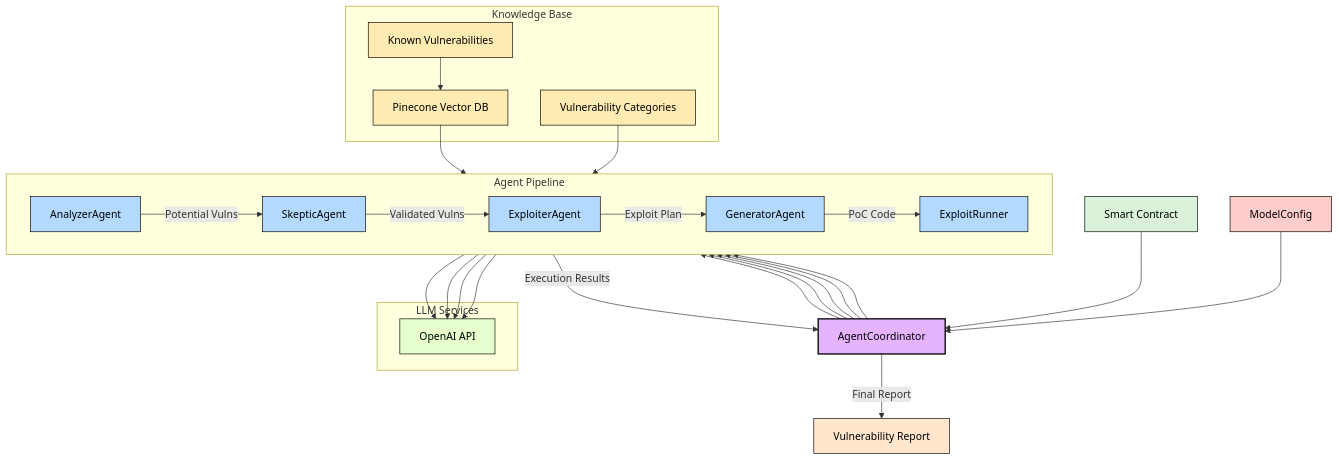
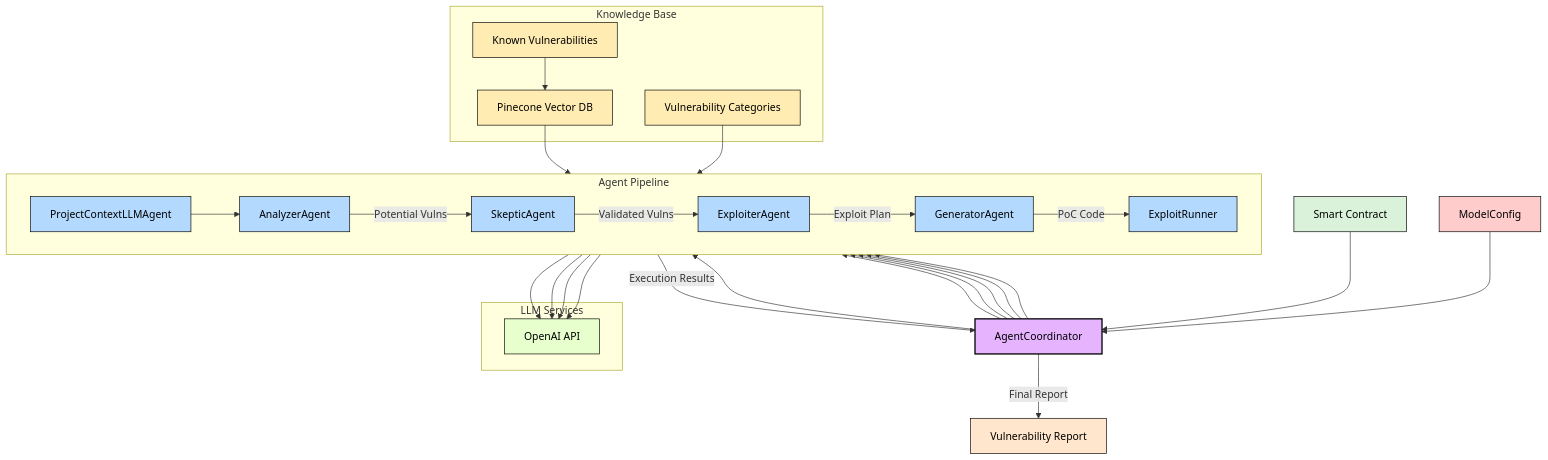
One commit to videv93/fyp-fr changed the diagram in README.md. Above: the diagram before and after it, drawn with Mermaid. The commit also changed other lines of this file, not shown here.

````diff
--- a/README.md
+++ b/README.md
@@ -42,69 +45,73 @@
 ```mermaid
 graph TB
     %% Core Components
     contract["Smart Contract"] --> coord["AgentCoordinator"]
     
     subgraph "Knowledge Base"
         pinecone["Pinecone Vector DB"]
         vulncat["Vulnerability Categories"]
         known_vulns["Known Vulnerabilities"]
     end
 
     subgraph "Agent Pipeline"
         direction LR
+        project_context["ProjectContextLLMAgent"]
         analyzer["AnalyzerAgent"]
         skeptic["SkepticAgent"]
         exploiter["ExploiterAgent"]
         generator["GeneratorAgent"]
         runner["ExploitRunner"]
         
+        project_context --> analyzer
         analyzer --> |"Potential Vulns"| skeptic
         skeptic --> |"Validated Vulns"| exploiter
         exploiter --> |"Exploit Plan"| generator
         generator --> |"PoC Code"| runner
     end
 
     %% RAG System Integration
     pinecone --> analyzer
     vulncat --> analyzer
     known_vulns --> pinecone
 
     %% Coordinator Flow
+    coord --> project_context
     coord --> analyzer
     coord --> skeptic
     coord --> exploiter
     coord --> generator
     coord --> runner
 
     %% Model Configuration
     config["ModelConfig"] --> coord
     
     %% External Services
     subgraph "LLM Services"
         openai["OpenAI API"]
     end
     
     analyzer --> openai
     skeptic --> openai
     exploiter --> openai
     generator --> openai
 
     %% Output
     runner --> |"Execution Results"| coord
     coord --> |"Final Report"| output["Vulnerability Report"]
 
     style coord fill:#e6b3ff,stroke:#000,stroke-width:2px,color:#000
     style analyzer fill:#b3d9ff,stroke:#000,color:#000
     style skeptic fill:#b3d9ff,stroke:#000,color:#000
     style exploiter fill:#b3d9ff,stroke:#000,color:#000
     style generator fill:#b3d9ff,stroke:#000,color:#000
     style runner fill:#b3d9ff,stroke:#000,color:#000
+    style project_context fill:#b3d9ff,stroke:#000,color:#000
     style contract fill:#d9f2d9,stroke:#000,color:#000
     style output fill:#ffe6cc,stroke:#000,color:#000
     style config fill:#ffcccc,stroke:#000,color:#000
     
     style pinecone fill:#ffecb3,stroke:#000,color:#000
     style vulncat fill:#ffecb3,stroke:#000,color:#000
     style known_vulns fill:#ffecb3,stroke:#000,color:#000
     style openai fill:#e6ffcc,stroke:#000,color:#000
 ```
````
